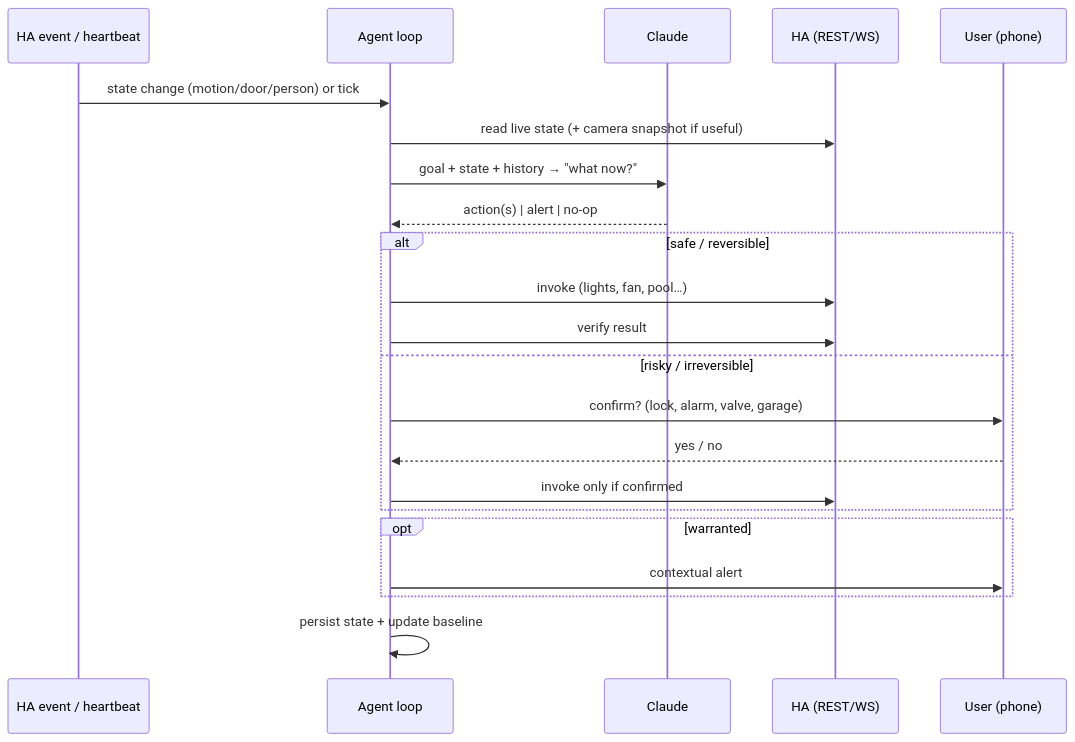
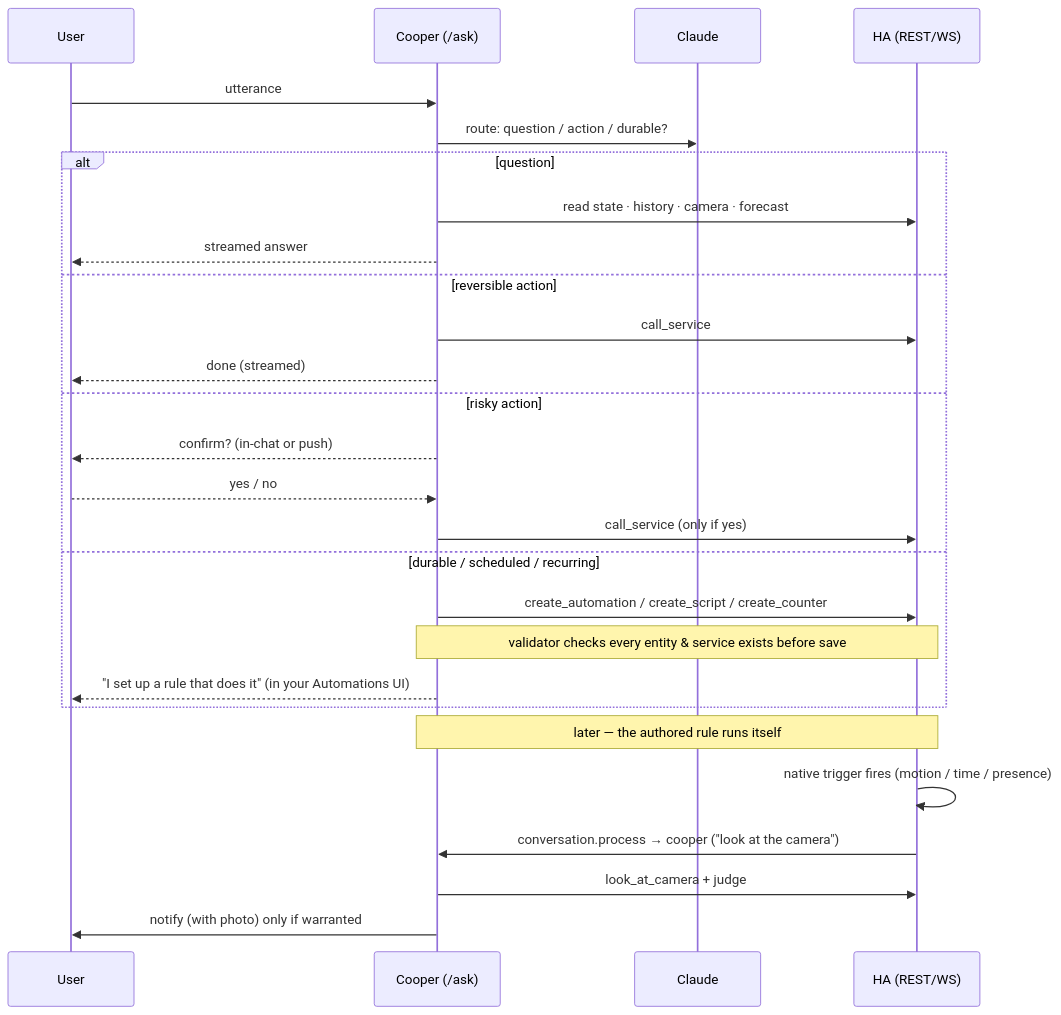
Before and after one commit to kunalkhosla/jarvis: the second of 3 diagrams in docs/ARCHITECTURE.md, drawn with Mermaid. The commit also changed other lines of this file and 5 other files, not shown here.

````diff
--- a/docs/ARCHITECTURE.md
+++ b/docs/ARCHITECTURE.md
@@ -99,25 +123,31 @@
 ```mermaid
 sequenceDiagram
-    participant E as HA event / heartbeat
-    participant A as Agent loop
+    participant U as User
+    participant C as Cooper (/ask)
     participant Cl as Claude
     participant H as HA (REST/WS)
-    participant U as User (phone)
 
-    E->>A: state change (motion/door/person) or tick
-    A->>H: read live state (+ camera snapshot if useful)
-    A->>Cl: goal + state + history → "what now?"
-    Cl-->>A: action(s) | alert | no-op
-    alt safe / reversible
-        A->>H: invoke (lights, fan, pool…)
-        A->>H: verify result
-    else risky / irreversible
-        A->>U: confirm? (lock, alarm, valve, garage)
-        U-->>A: yes / no
-        A->>H: invoke only if confirmed
+    U->>C: utterance
+    C->>Cl: route: question / action / durable?
+    alt question
+        C->>H: read state · history · camera · forecast
+        C-->>U: streamed answer
+    else reversible action
+        C->>H: call_service
+        C-->>U: done (streamed)
+    else risky action
+        C-->>U: confirm? (in-chat or push)
+        U-->>C: yes / no
+        C->>H: call_service (only if yes)
+    else durable / scheduled / recurring
+        C->>H: create_automation / create_script / create_counter
+        Note over C,H: validator checks every entity & service exists before save
+        C-->>U: "I set up a rule that does it" (in your Automations UI)
     end
-    opt warranted
-        A->>U: contextual alert
-    end
-    A->>A: persist state + update baseline
+
+    Note over H,C: later — the authored rule runs itself
+    H->>H: native trigger fires (motion / time / presence)
+    H->>C: conversation.process → cooper ("look at the camera")
+    C->>H: look_at_camera + judge
+    C->>U: notify (with photo) only if warranted
 ```
````
